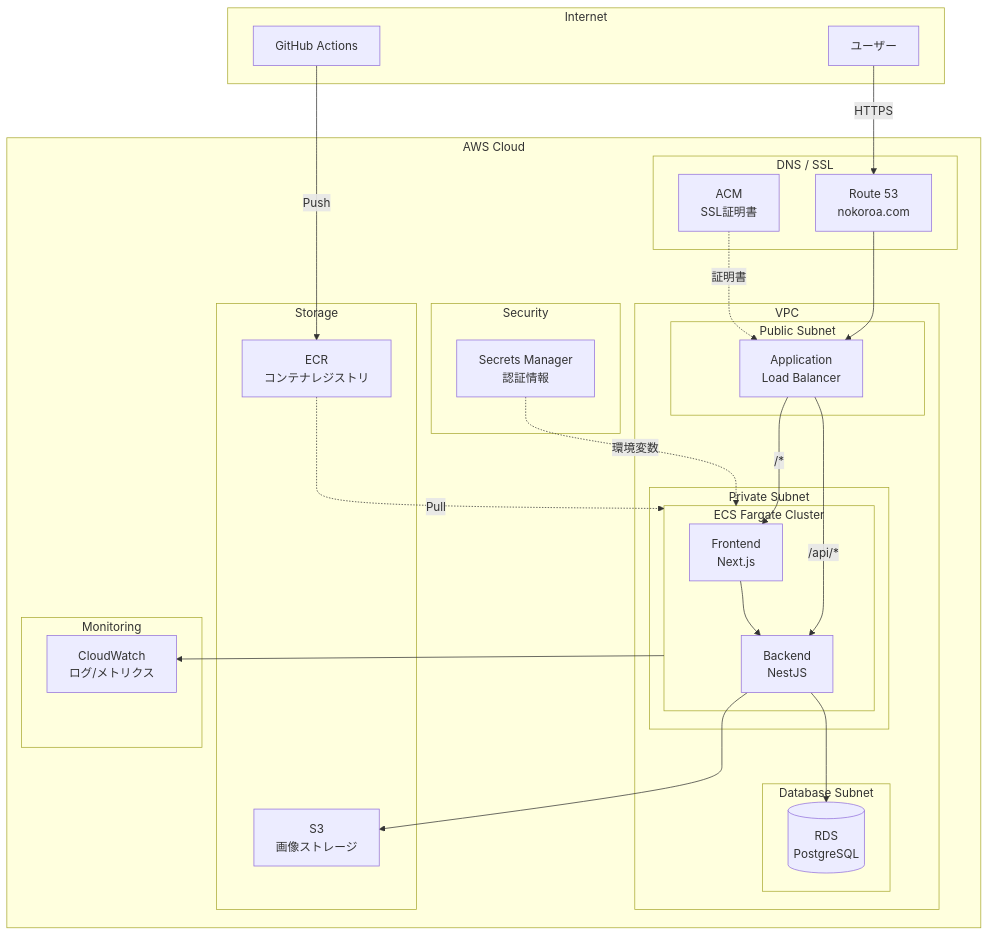
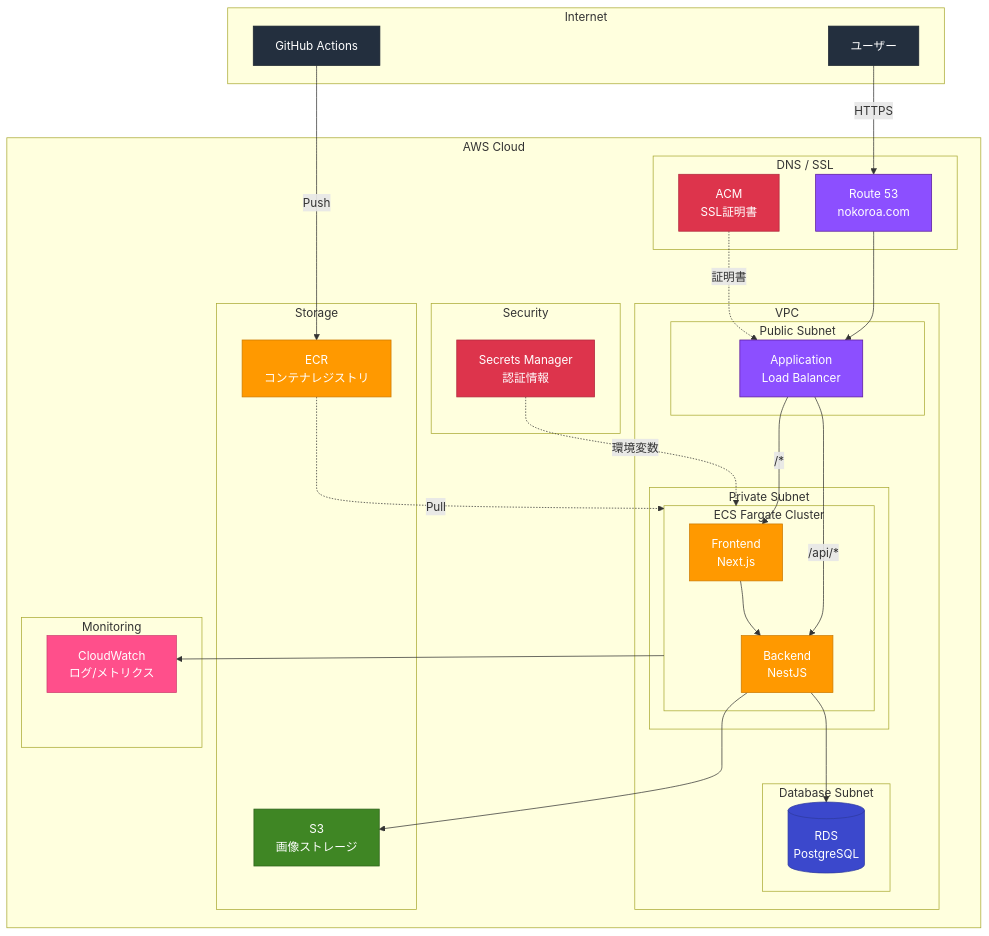
Before and after one commit to sugitayuuki/nokoroa: the second of 2 diagrams in README.md, drawn with Mermaid. The commit also changed other lines of this file, not shown here.

First line of the commit message:
docs: Simplify ER diagram and add AWS colors to infrastructure diagram

````diff
--- a/README.md
+++ b/README.md
@@ -187,57 +170,71 @@
 ```mermaid
 graph TB
     subgraph Internet
         User[ユーザー]
         GitHub[GitHub Actions]
     end
 
     subgraph AWS["AWS Cloud"]
         subgraph DNS["DNS / SSL"]
             Route53[Route 53<br/>nokoroa.com]
             ACM[ACM<br/>SSL証明書]
         end
 
         subgraph VPC["VPC"]
             subgraph Public["Public Subnet"]
                 ALB[Application<br/>Load Balancer]
             end
 
             subgraph Private["Private Subnet"]
                 subgraph ECS["ECS Fargate Cluster"]
                     Frontend[Frontend<br/>Next.js]
                     Backend[Backend<br/>NestJS]
                 end
             end
 
             subgraph Database["Database Subnet"]
                 RDS[(RDS<br/>PostgreSQL)]
             end
         end
 
         subgraph Storage["Storage"]
             S3[S3<br/>画像ストレージ]
             ECR[ECR<br/>コンテナレジストリ]
         end
 
         subgraph Security["Security"]
             Secrets[Secrets Manager<br/>認証情報]
         end
 
         subgraph Monitoring["Monitoring"]
             CloudWatch[CloudWatch<br/>ログ/メトリクス]
         end
     end
 
     User -->|HTTPS| Route53
     Route53 --> ALB
     ACM -.->|証明書| ALB
     ALB -->|/api/*| Backend
     ALB -->|/*| Frontend
     Backend --> RDS
     Backend --> S3
     Frontend --> Backend
     GitHub -->|Push| ECR
     ECR -.->|Pull| ECS
     Secrets -.->|環境変数| ECS
     ECS --> CloudWatch
+
+    %% AWS Colors
+    style Route53 fill:#8C4FFF,stroke:#5A189A,color:#fff
+    style ACM fill:#DD344C,stroke:#B02A3D,color:#fff
+    style ALB fill:#8C4FFF,stroke:#5A189A,color:#fff
+    style Frontend fill:#FF9900,stroke:#CC7A00,color:#fff
+    style Backend fill:#FF9900,stroke:#CC7A00,color:#fff
+    style RDS fill:#3B48CC,stroke:#2E3A9F,color:#fff
+    style S3 fill:#3F8624,stroke:#2D6119,color:#fff
+    style ECR fill:#FF9900,stroke:#CC7A00,color:#fff
+    style Secrets fill:#DD344C,stroke:#B02A3D,color:#fff
+    style CloudWatch fill:#FF4F8B,stroke:#CC3F6F,color:#fff
+    style User fill:#232F3E,stroke:#1A242F,color:#fff
+    style GitHub fill:#232F3E,stroke:#1A242F,color:#fff
 ```
````
